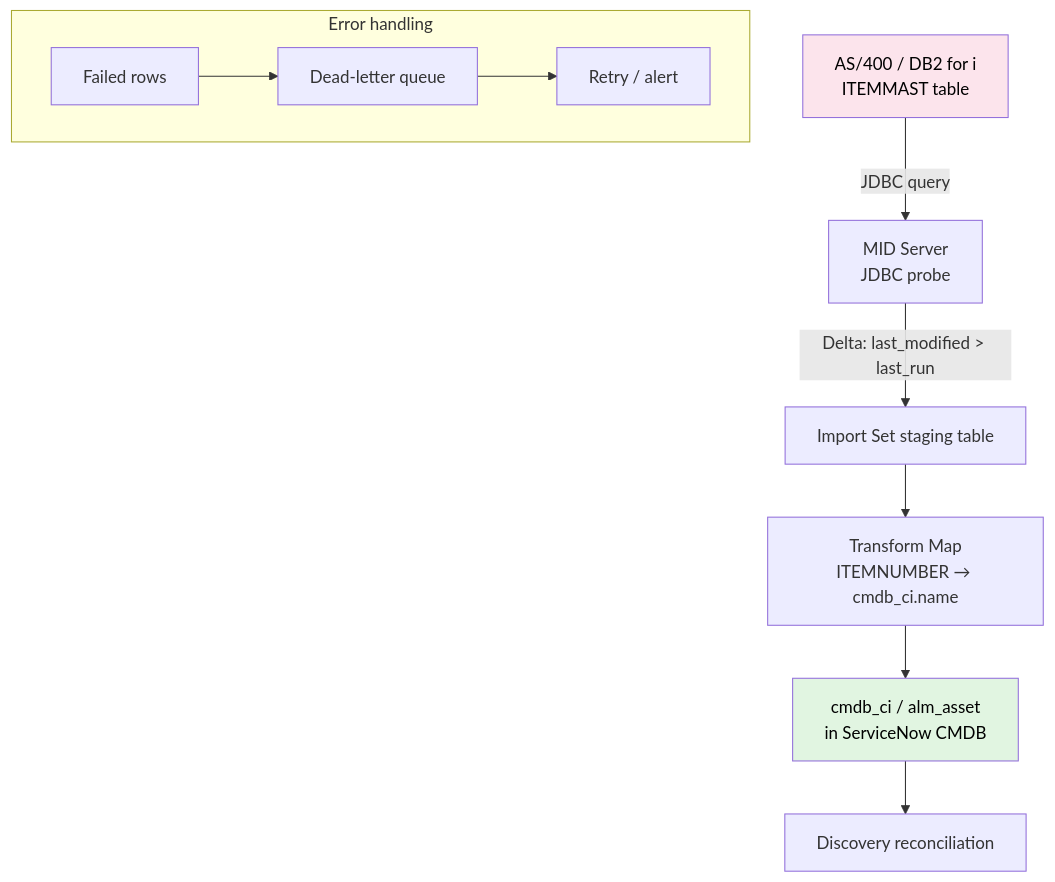
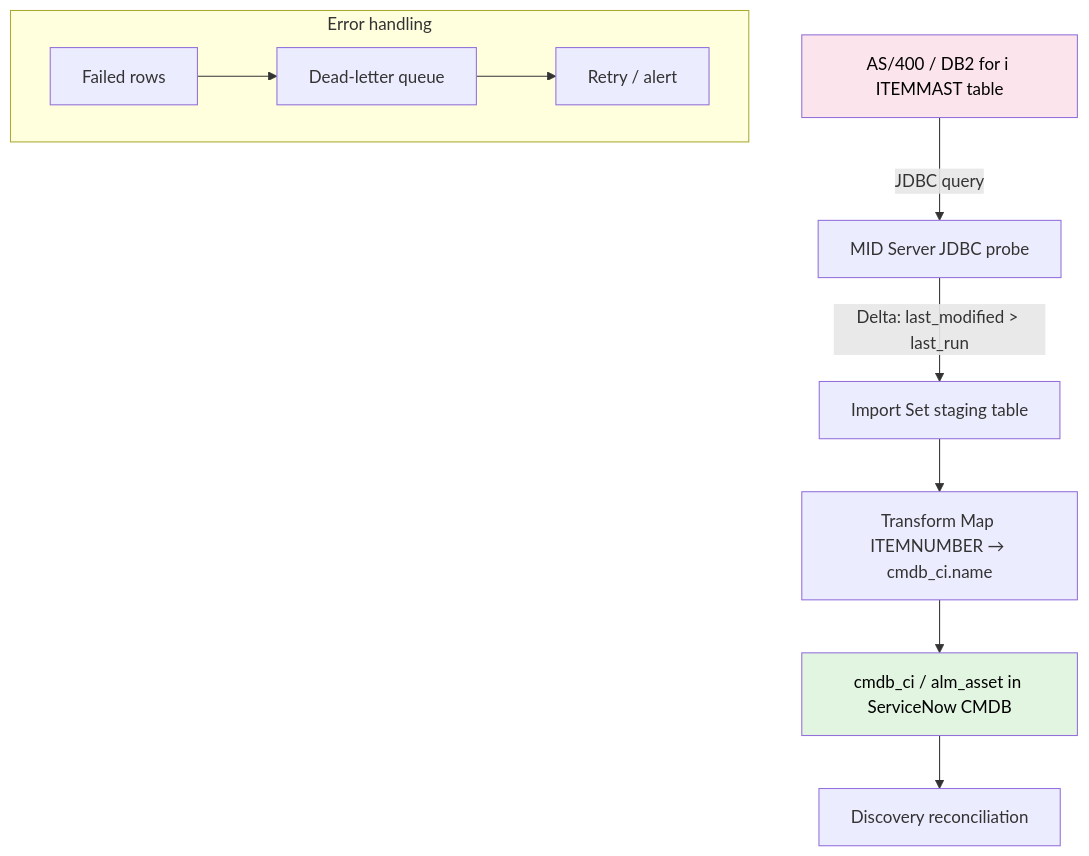
The third of 5 diagrams in docs/modules/other/other-guide.md (eltonaguiar/ServiceNow_Learning_TSOM-_CSM_FSM_SalesCRM_HAM_ITSM), drawn with Mermaid before and after one commit. The commit also changed other lines of this file and 11 other files, not shown here.

First line of the commit message:
Fix all mermaid diagrams: remove br/ tags that break rendering on GitHub Pages

````diff
--- a/docs/modules/other/other-guide.md
+++ b/docs/modules/other/other-guide.md
@@ -990,16 +990,16 @@
 ```mermaid
 graph TD
-    AS400[AS/400 / DB2 for i<br/>ITEMMAST table] -->|JDBC query| MID[MID Server<br/>JDBC probe]
+    AS400[AS/400 / DB2 for i ITEMMAST table] -->|JDBC query| MID[MID Server JDBC probe]
     MID -->|Delta: last_modified > last_run| staging[Import Set staging table]
-    staging --> TM[Transform Map<br/>ITEMNUMBER → cmdb_ci.name]
-    TM --> CMDB[cmdb_ci / alm_asset<br/>in ServiceNow CMDB]
+    staging --> TM[Transform Map ITEMNUMBER → cmdb_ci.name]
+    TM --> CMDB[cmdb_ci / alm_asset in ServiceNow CMDB]
     CMDB --> Disc[Discovery reconciliation]
 
     subgraph Error handling
         Fail[Failed rows] --> DL[Dead-letter queue]
         DL --> Retry[Retry / alert]
     end
 
     style AS400 fill:#fce4ec,color:#000
     style CMDB fill:#e1f5e1,color:#000
 ```
````
